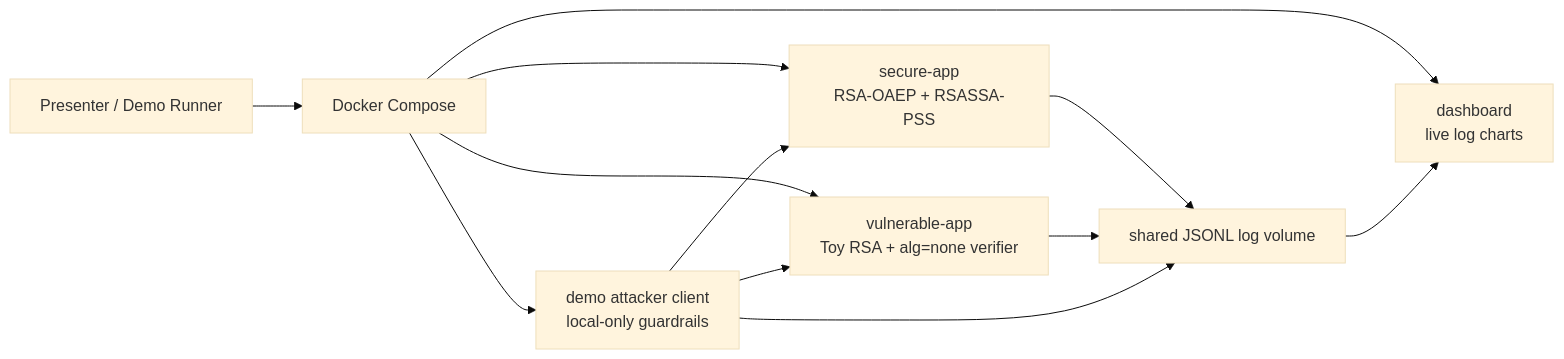
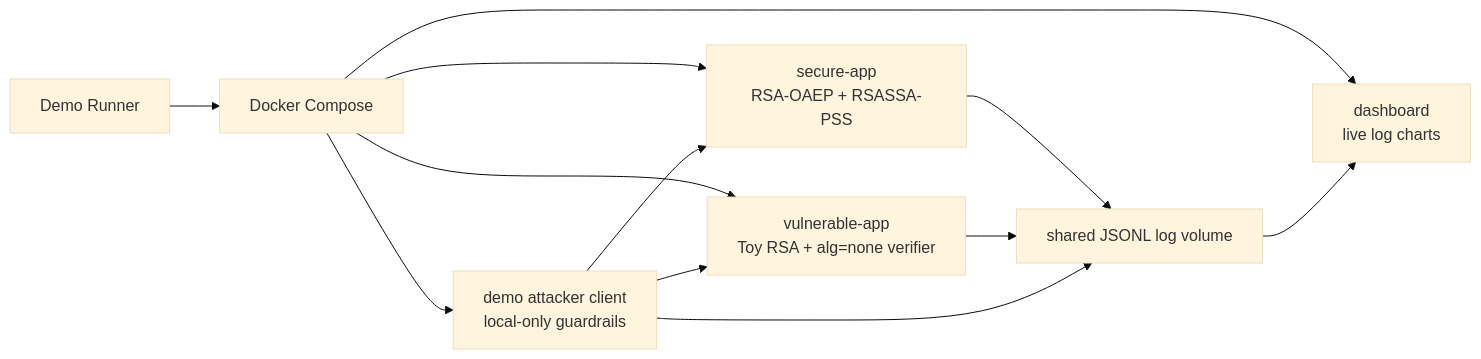
Before and after one commit to g25ait2134-tech/CS-Assignment-1: the diagram in docs/HLD.md, drawn with Mermaid (base theme). The commit also changed other lines of this file and 14 other files, not shown here.

````diff
--- a/docs/HLD.md
+++ b/docs/HLD.md
@@ -24,14 +24,14 @@
 ```mermaid
 flowchart LR
-    Presenter["Presenter / Demo Runner"] --> Compose["Docker Compose"]
+    Operator["Demo Runner"] --> Compose["Docker Compose"]
     Compose --> Secure["secure-app<br/>RSA-OAEP + RSASSA-PSS"]
     Compose --> Vulnerable["vulnerable-app<br/>Toy RSA + alg=none verifier"]
     Compose --> Attacker["demo attacker client<br/>local-only guardrails"]
     Compose --> Dashboard["dashboard<br/>live log charts"]
     Attacker --> Secure
     Attacker --> Vulnerable
     Secure --> Logs["shared JSONL log volume"]
     Vulnerable --> Logs
     Attacker --> Logs
     Logs --> Dashboard
 ```
````
